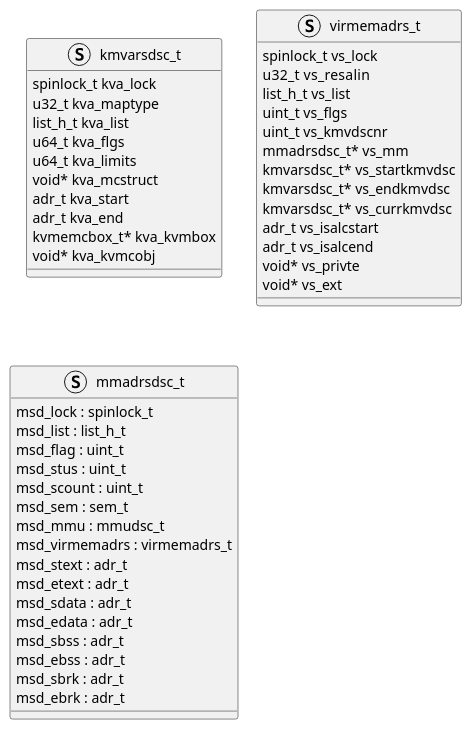
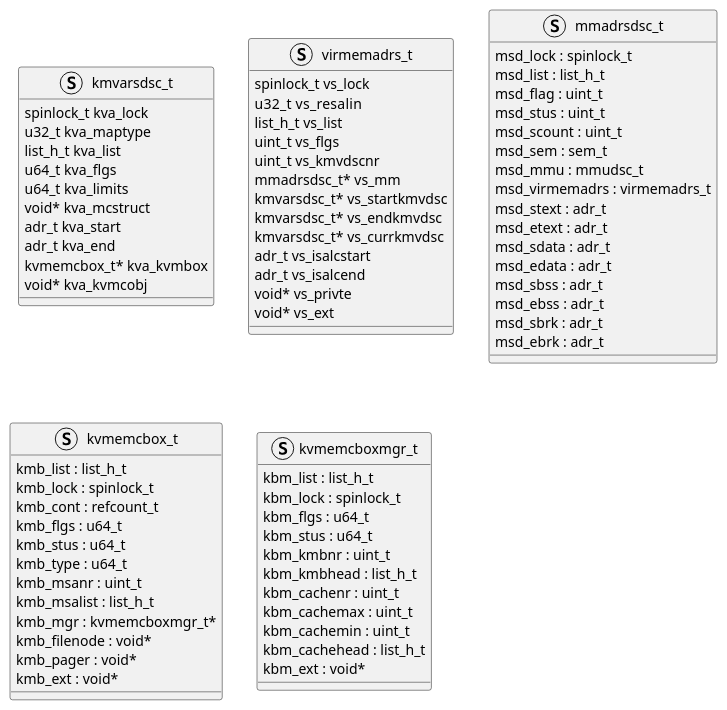
The diagram in 0.学习笔记/a04.操作系统/操作系统实战/2.内存/5.虚拟内存.md (mowang111/personal_knowledge_repository), drawn with PlantUML before and after one commit.

Commit message:
vault backup: 2023-12-05 10:14:22

````diff
--- a/0.学习笔记/a04.操作系统/操作系统实战/2.内存/5.虚拟内存.md
+++ b/0.学习笔记/a04.操作系统/操作系统实战/2.内存/5.虚拟内存.md
@@ -7,47 +7,76 @@
 ```plantuml
 struct kmvarsdsc_t {
     spinlock_t kva_lock
     u32_t kva_maptype
     list_h_t kva_list
     u64_t kva_flgs
     u64_t kva_limits
     void* kva_mcstruct
     adr_t kva_start
     adr_t kva_end
     kvmemcbox_t* kva_kvmbox
     void* kva_kvmcobj
 }
 struct virmemadrs_t {
     spinlock_t vs_lock
     u32_t  vs_resalin
     list_h_t vs_list
     uint_t vs_flgs
     uint_t vs_kmvdscnr
     mmadrsdsc_t* vs_mm
     kmvarsdsc_t* vs_startkmvdsc
     kmvarsdsc_t* vs_endkmvdsc
     kmvarsdsc_t* vs_currkmvdsc
     adr_t vs_isalcstart
     adr_t vs_isalcend
     void* vs_privte
     void* vs_ext
 }
 struct mmadrsdsc_t {
     msd_lock : spinlock_t
     msd_list : list_h_t
     msd_flag : uint_t
     msd_stus : uint_t
     msd_scount : uint_t
     msd_sem : sem_t
     msd_mmu : mmudsc_t
     msd_virmemadrs : virmemadrs_t
     msd_stext : adr_t
     msd_etext : adr_t
     msd_sdata : adr_t
     msd_edata : adr_t
     msd_sbss : adr_t
     msd_ebss : adr_t
     msd_sbrk : adr_t
     msd_ebrk : adr_t
 }
+struct kvmemcbox_t {
+    kmb_list : list_h_t
+    kmb_lock : spinlock_t
+    kmb_cont : refcount_t
+    kmb_flgs : u64_t
+    kmb_stus : u64_t
+    kmb_type : u64_t
+    kmb_msanr : uint_t
+    kmb_msalist : list_h_t
+    kmb_mgr : kvmemcboxmgr_t*
+    kmb_filenode : void*
+    kmb_pager : void*
+    kmb_ext : void*
+}
+struct kvmemcboxmgr_t {
+    kbm_list : list_h_t
+    kbm_lock : spinlock_t
+    kbm_flgs : u64_t
+    kbm_stus : u64_t
+    kbm_kmbnr : uint_t
+    kbm_kmbhead : list_h_t
+    kbm_cachenr : uint_t
+    kbm_cachemax : uint_t
+    kbm_cachemin : uint_t
+    kbm_cachehead : list_h_t
+    kbm_ext : void*
+}
+@enduml
+
 ```
````
